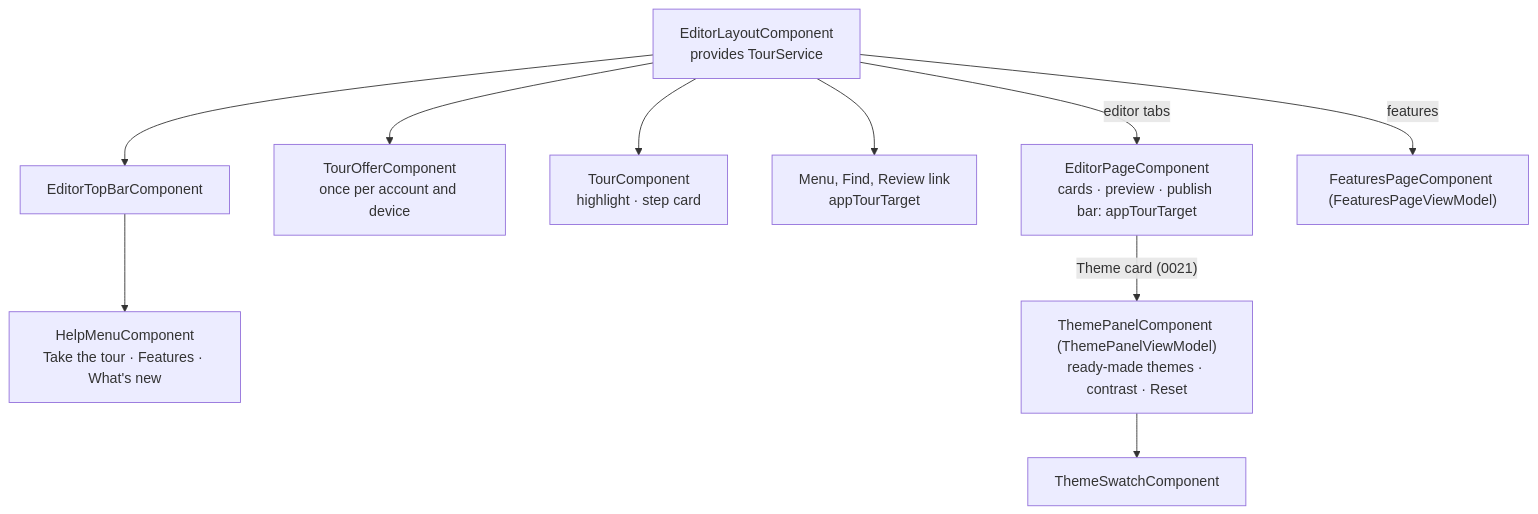
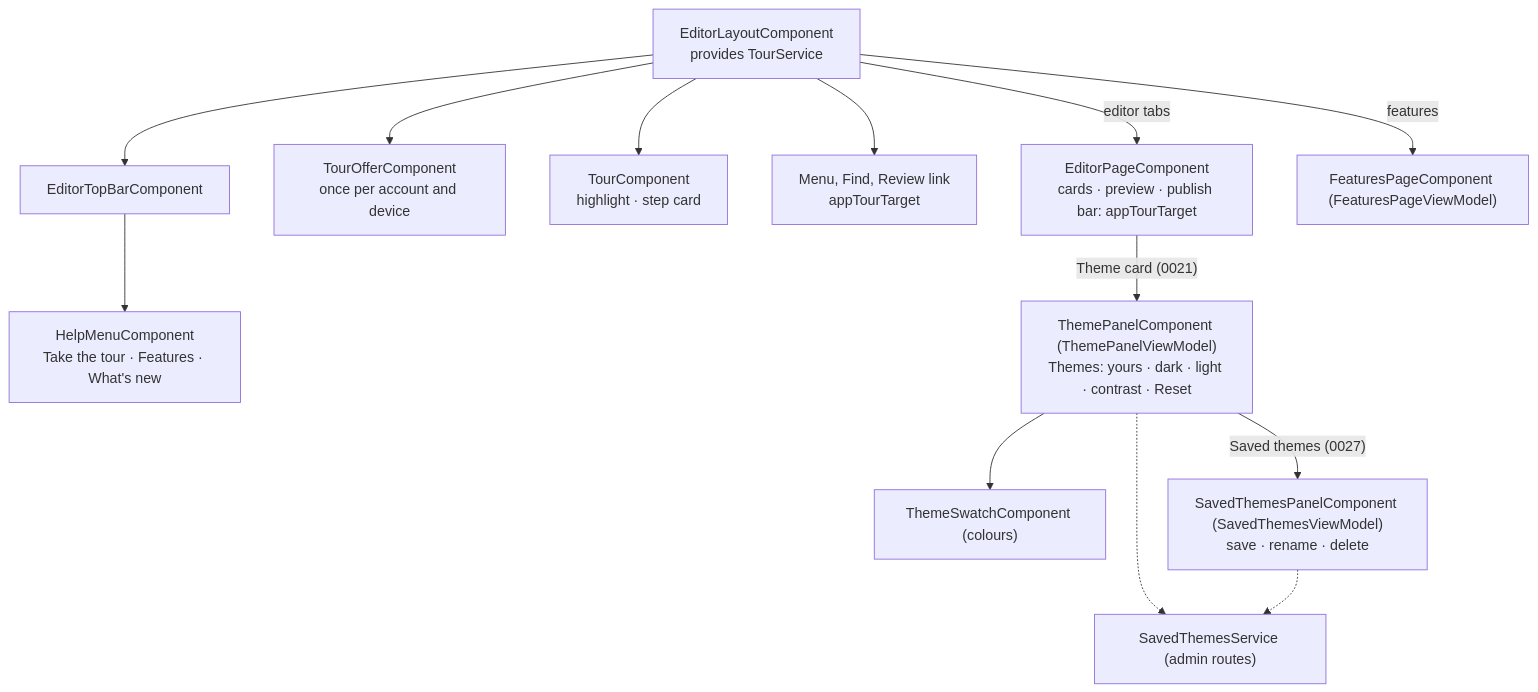
Before and after one commit to RaviAkhouri30/taalyatra: the fourth of 6 diagrams in docs/architecture/component-tree.md, drawn with Mermaid. The commit also changed 49 other files, not shown here.

Commit message:
feat(admin): more ready-made themes, and your own saved (0027 V23)

````diff
--- a/docs/architecture/component-tree.md
+++ b/docs/architecture/component-tree.md
@@ -80,12 +80,15 @@
 ```mermaid
 flowchart TD
   L["EditorLayoutComponent<br/>provides TourService"] --> TB["EditorTopBarComponent"]
   TB --> HM["HelpMenuComponent<br/>Take the tour · Features · What's new"]
   L --> TO["TourOfferComponent<br/>once per account and device"]
   L --> TC["TourComponent<br/>highlight · step card"]
   L --> N["Menu, Find, Review link<br/>appTourTarget"]
   L -->|editor tabs| EP["EditorPageComponent<br/>cards · preview · publish bar: appTourTarget"]
   L -->|features| FP["FeaturesPageComponent (FeaturesPageViewModel)"]
-  EP -->|"Theme card (0021)"| TP["ThemePanelComponent (ThemePanelViewModel)<br/>ready-made themes · contrast · Reset"]
-  TP --> SW["ThemeSwatchComponent"]
+  EP -->|"Theme card (0021)"| TP["ThemePanelComponent (ThemePanelViewModel)<br/>Themes: yours · dark · light · contrast · Reset"]
+  TP --> SW["ThemeSwatchComponent (colours)"]
+  TP -->|"Saved themes (0027)"| ST["SavedThemesPanelComponent (SavedThemesViewModel)<br/>save · rename · delete"]
+  TP -.-> STS["SavedThemesService (admin routes)"]
+  ST -.-> STS
 ```
````
